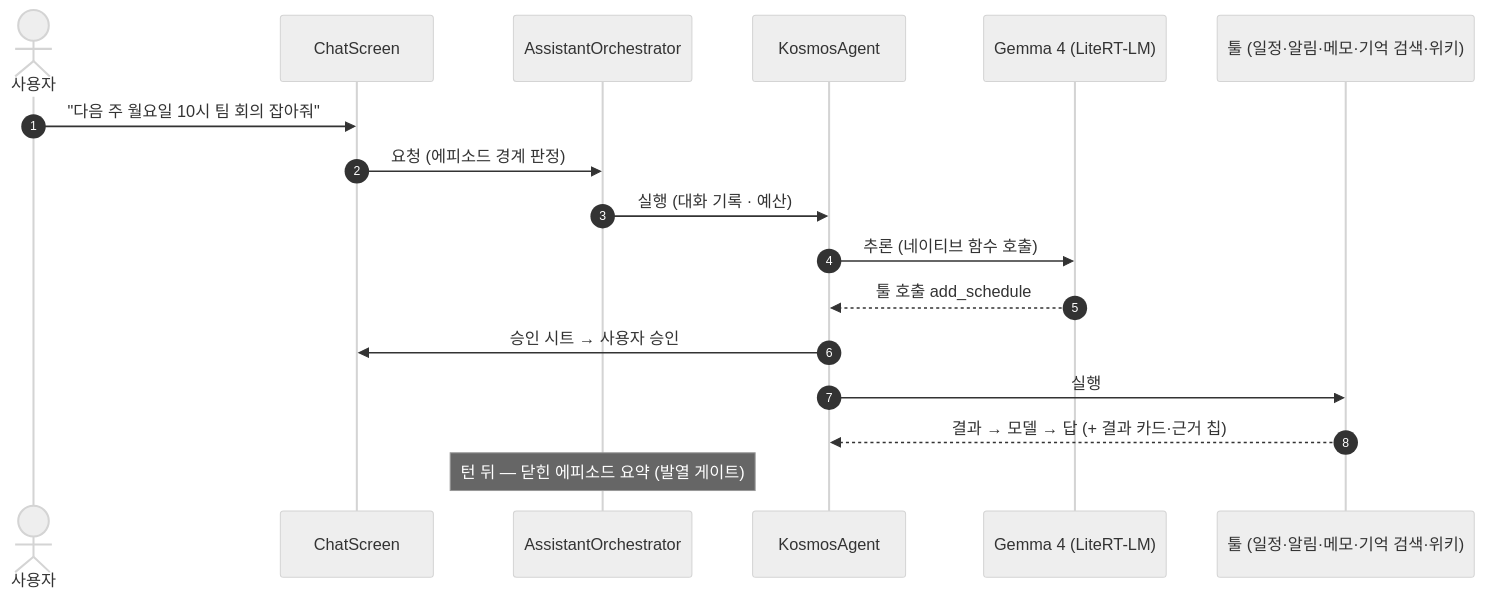
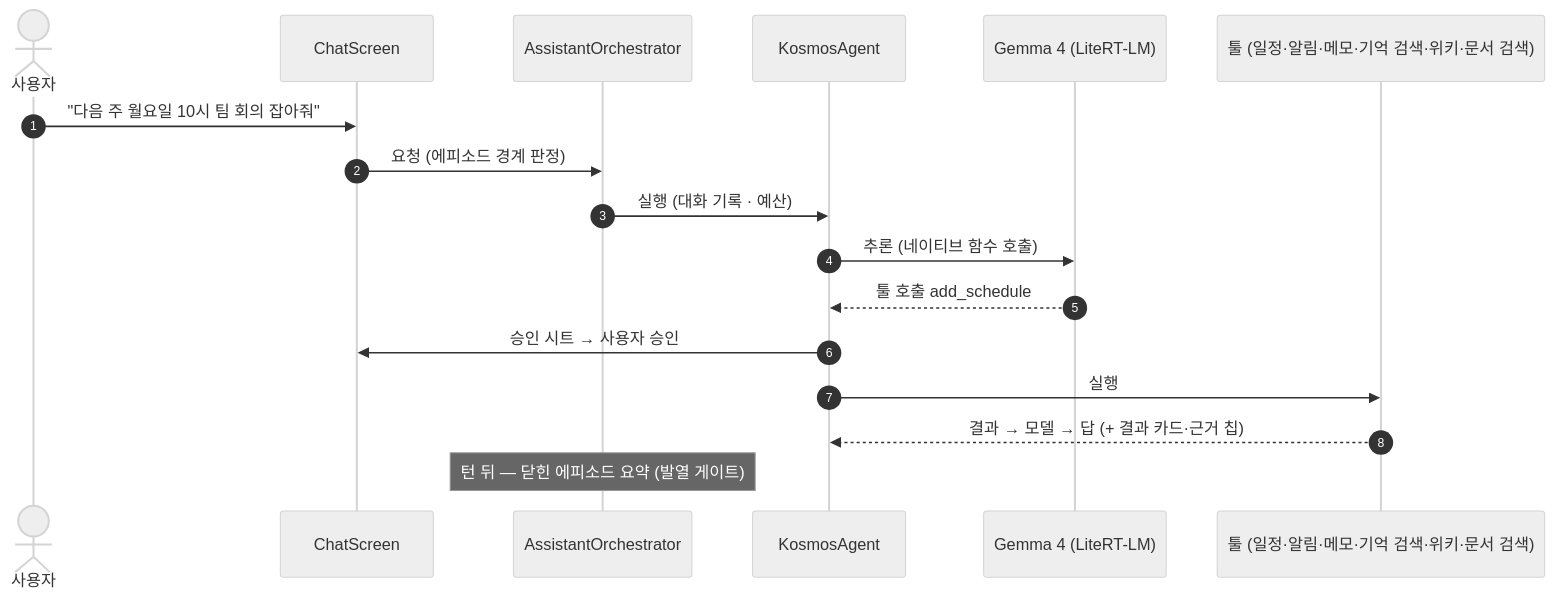
Before and after one commit to kang987654/lets_meet_on_friday: the second of 2 diagrams in README.md, drawn with Mermaid (neutral theme). The commit also changed other lines of this file and 7 other files, not shown here.

````diff
--- a/README.md
+++ b/README.md
@@ -93,20 +95,20 @@
 ```mermaid
 sequenceDiagram
     autonumber
     actor User as 사용자
     participant UI as ChatScreen
     participant Orch as AssistantOrchestrator
     participant Agent as KosmosAgent
     participant Model as Gemma 4 (LiteRT-LM)
-    participant Tool as 툴 (일정·알림·메모·기억 검색·위키)
+    participant Tool as 툴 (일정·알림·메모·기억 검색·위키·문서 검색)
 
     User->>UI: "다음 주 월요일 10시 팀 회의 잡아줘"
     UI->>Orch: 요청 (에피소드 경계 판정)
     Orch->>Agent: 실행 (대화 기록 · 예산)
     Agent->>Model: 추론 (네이티브 함수 호출)
     Model-->>Agent: 툴 호출 add_schedule
     Agent->>UI: 승인 시트 → 사용자 승인
     Agent->>Tool: 실행
     Tool-->>Agent: 결과 → 모델 → 답 (+ 결과 카드·근거 칩)
     Note over Orch: 턴 뒤 — 닫힌 에피소드 요약 (발열 게이트)
 ```
````
